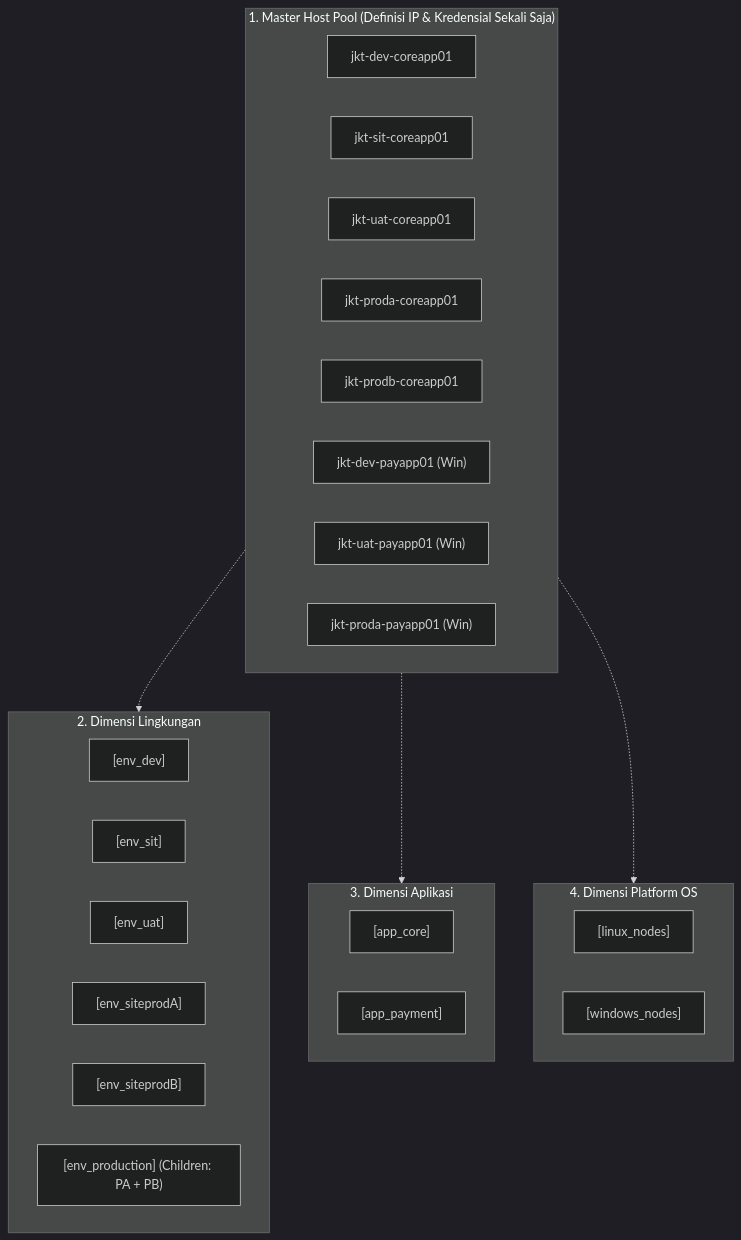
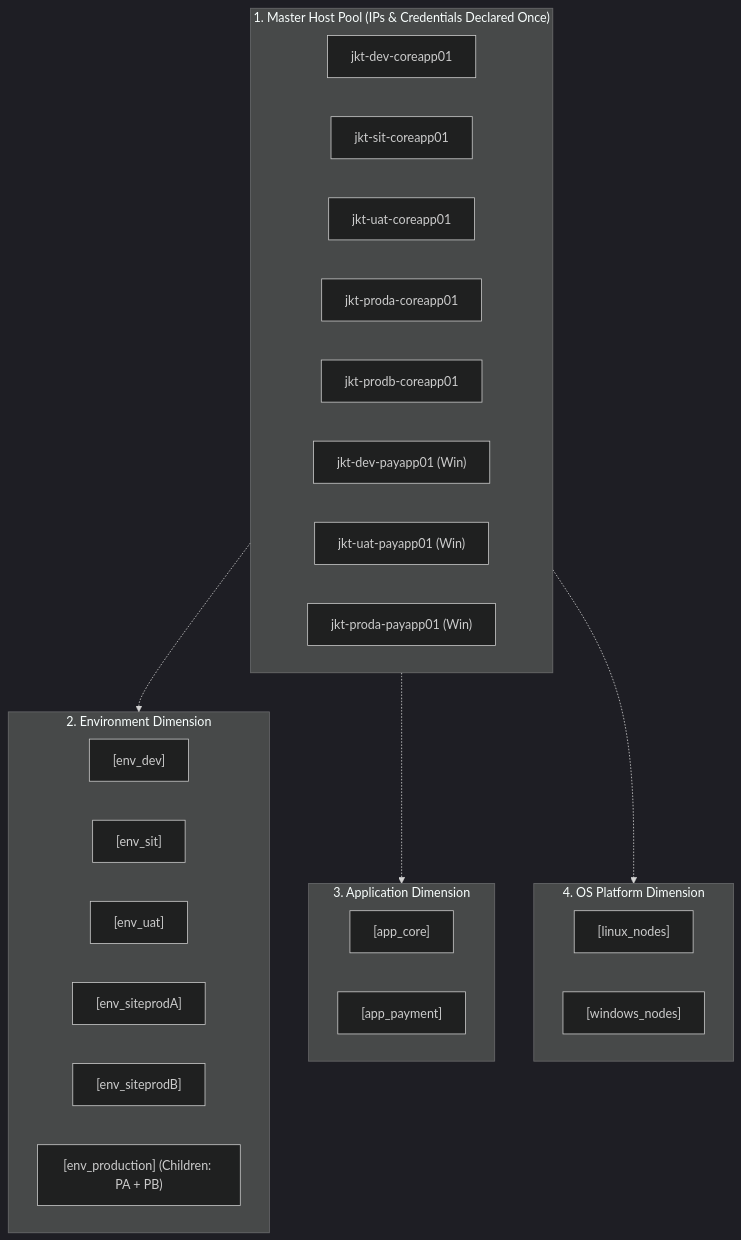
Before and after one commit to edkas07-oss/tomcat-monitoring: the diagram in inventories/README.md, drawn with Mermaid (dark theme). The commit also changed other lines of this file and 46 other files, not shown here.

````diff
--- a/inventories/README.md
+++ b/inventories/README.md
@@ -49,36 +49,36 @@
 ```mermaid
 flowchart TD
-    subgraph MASTER["1. Master Host Pool (Definisi IP & Kredensial Sekali Saja)"]
+    subgraph MASTER["1. Master Host Pool (IPs & Credentials Declared Once)"]
         H1["jkt-dev-coreapp01"]
         H2["jkt-sit-coreapp01"]
         H3["jkt-uat-coreapp01"]
         H4["jkt-proda-coreapp01"]
         H5["jkt-prodb-coreapp01"]
         H6["jkt-dev-payapp01 (Win)"]
         H7["jkt-uat-payapp01 (Win)"]
         H8["jkt-proda-payapp01 (Win)"]
     end
 
-    subgraph D_ENV["2. Dimensi Lingkungan"]
+    subgraph D_ENV["2. Environment Dimension"]
         E_DEV["[env_dev]"]
         E_SIT["[env_sit]"]
         E_UAT["[env_uat]"]
         E_PA["[env_siteprodA]"]
         E_PB["[env_siteprodB]"]
         E_PROD["[env_production] (Children: PA + PB)"]
     end
 
-    subgraph D_APP["3. Dimensi Aplikasi"]
+    subgraph D_APP["3. Application Dimension"]
         A_CORE["[app_core]"]
         A_PAY["[app_payment]"]
     end
 
-    subgraph D_OS["4. Dimensi Platform OS"]
+    subgraph D_OS["4. OS Platform Dimension"]
         OS_L["[linux_nodes]"]
         OS_W["[windows_nodes]"]
     end
 
     MASTER -.-> D_ENV
     MASTER -.-> D_APP
     MASTER -.-> D_OS
 ```
````
